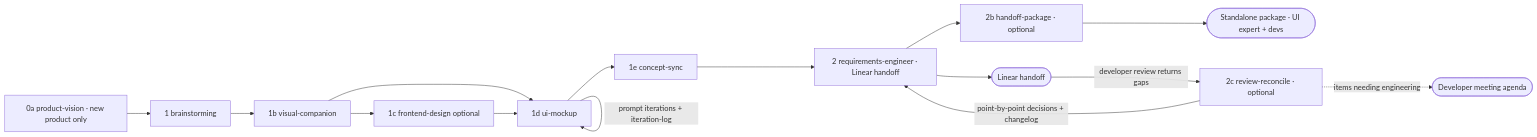
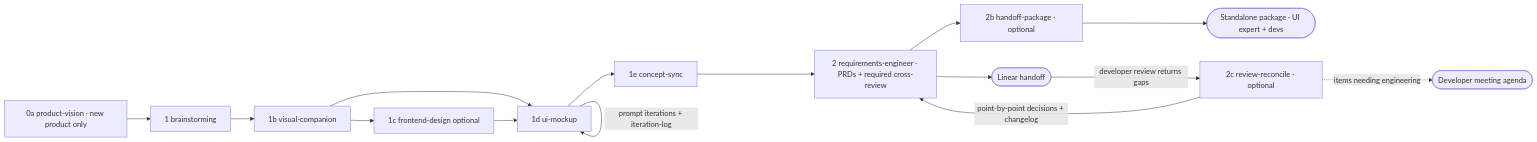
Before and after one commit to silviobeer/agentic-development-skill-chain: the diagram in docs/pm-chain.md, drawn with Mermaid. The commit also changed other lines of this file and 9 other files, not shown here.

````diff
--- a/docs/pm-chain.md
+++ b/docs/pm-chain.md
@@ -7,17 +7,17 @@
 ```mermaid
 flowchart LR
   S0A[0a product-vision · new product only] --> S1[1 brainstorming]
   S1 --> S1B[1b visual-companion]
   S1B --> S1C[1c frontend-design optional]
   S1B --> S1D[1d ui-mockup]
   S1C --> S1D
   S1D -->|prompt iterations + iteration-log| S1D
   S1D --> S1E[1e concept-sync]
-  S1E --> S2[2 requirements-engineer · Linear handoff]
+  S1E --> S2[2 requirements-engineer · PRDs + required cross-review]
   S2 --> S2B[2b handoff-package · optional]
   S2 --> LIN([Linear handoff])
   S2B --> EXT([Standalone package · UI expert + devs])
   LIN -->|developer review returns gaps| S2C[2c review-reconcile · optional]
   S2C -->|point-by-point decisions + changelog| S2
   S2C -.->|items needing engineering| MTG([Developer meeting agenda])
 ```
````
